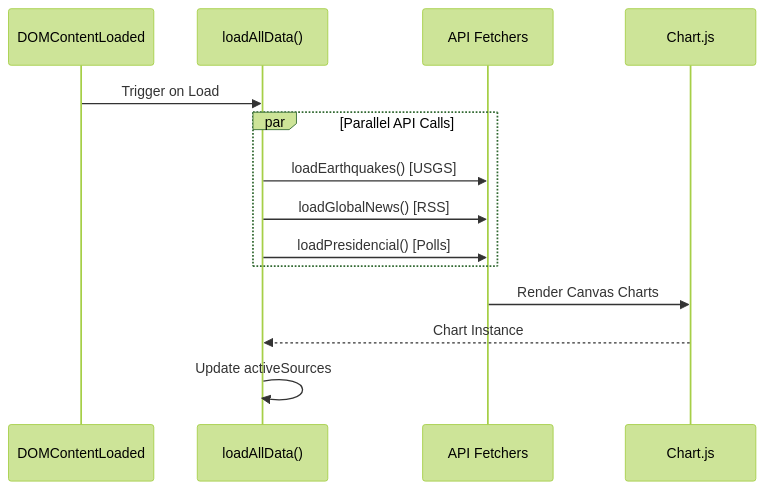
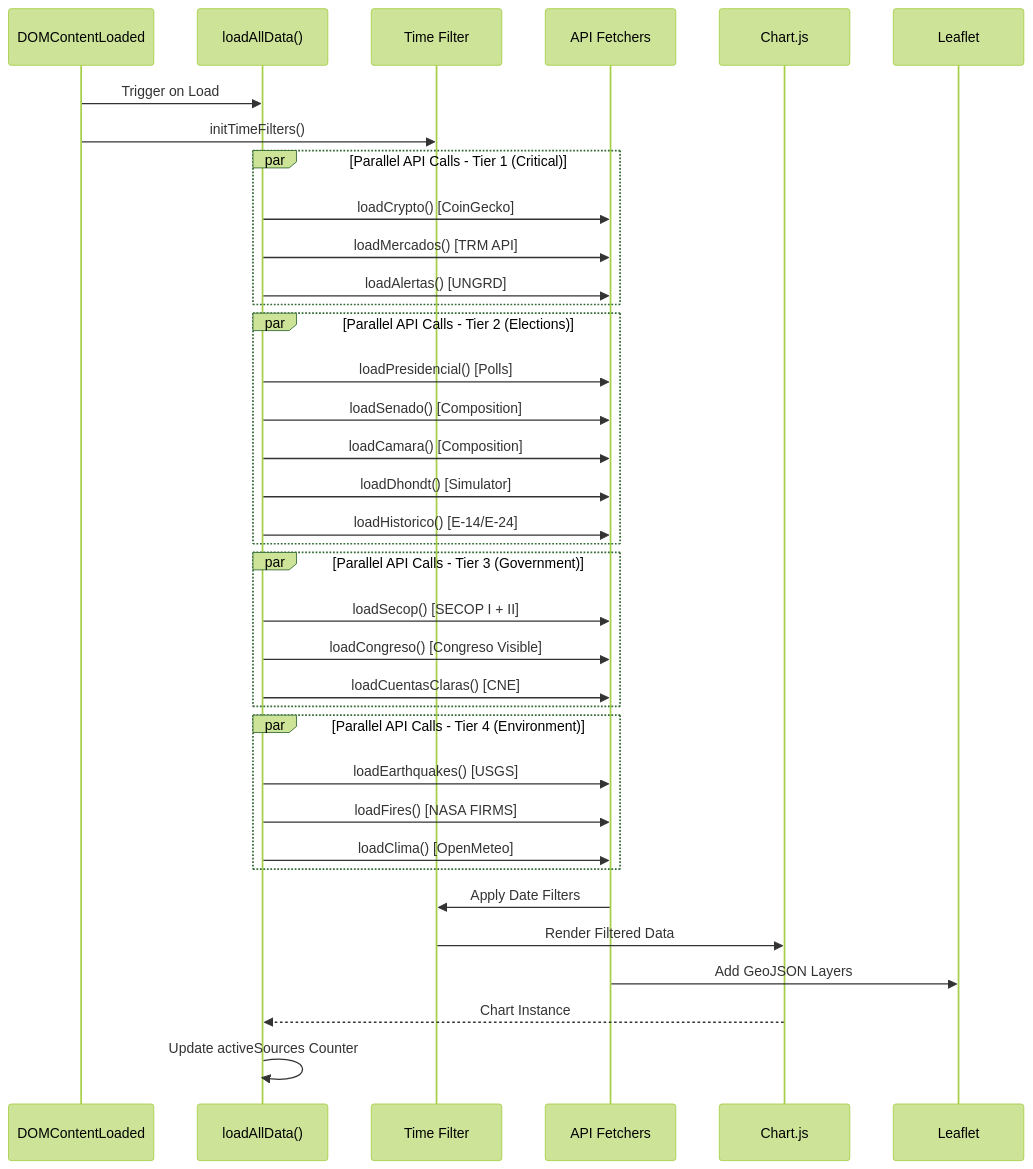
Before and after one commit to DOMINUSBABEL/colombia-live-monitor: the third of 8 diagrams in README.md, drawn with Mermaid (forest theme). The commit also changed other lines of this file, not shown here.

Commit message:
docs: Expand README 250% with v5.0 features, SECOP II, time filters, D'Hondt simulator, full API reference

````diff
--- a/README.md
+++ b/README.md
@@ -65,19 +140,44 @@
 ```mermaid
 sequenceDiagram
     participant Init as DOMContentLoaded
     participant Orch as loadAllData()
+    participant Filter as Time Filter
     participant Fetcher as API Fetchers
     participant Chart as Chart.js
+    participant Map as Leaflet
 
     Init->>Orch: Trigger on Load
+    Init->>Filter: initTimeFilters()
     
-    par Parallel API Calls
-        Orch->>Fetcher: loadEarthquakes() [USGS]
-        Orch->>Fetcher: loadGlobalNews() [RSS]
-        Orch->>Fetcher: loadPresidencial() [Polls]
+    par Parallel API Calls - Tier 1 (Critical)
+        Orch->>Fetcher: loadCrypto() [CoinGecko]
+        Orch->>Fetcher: loadMercados() [TRM API]
+        Orch->>Fetcher: loadAlertas() [UNGRD]
     end
     
-    Fetcher->>Chart: Render Canvas Charts
+    par Parallel API Calls - Tier 2 (Elections)
+        Orch->>Fetcher: loadPresidencial() [Polls]
+        Orch->>Fetcher: loadSenado() [Composition]
+        Orch->>Fetcher: loadCamara() [Composition]
+        Orch->>Fetcher: loadDhondt() [Simulator]
+        Orch->>Fetcher: loadHistorico() [E-14/E-24]
+    end
+    
+    par Parallel API Calls - Tier 3 (Government)
+        Orch->>Fetcher: loadSecop() [SECOP I + II]
+        Orch->>Fetcher: loadCongreso() [Congreso Visible]
+        Orch->>Fetcher: loadCuentasClaras() [CNE]
+    end
+    
+    par Parallel API Calls - Tier 4 (Environment)
+        Orch->>Fetcher: loadEarthquakes() [USGS]
+        Orch->>Fetcher: loadFires() [NASA FIRMS]
+        Orch->>Fetcher: loadClima() [OpenMeteo]
+    end
+    
+    Fetcher->>Filter: Apply Date Filters
+    Filter->>Chart: Render Filtered Data
+    Fetcher->>Map: Add GeoJSON Layers
     Chart-->>Orch: Chart Instance
-    Orch->>Orch: Update activeSources
+    Orch->>Orch: Update activeSources Counter
 ```
````
